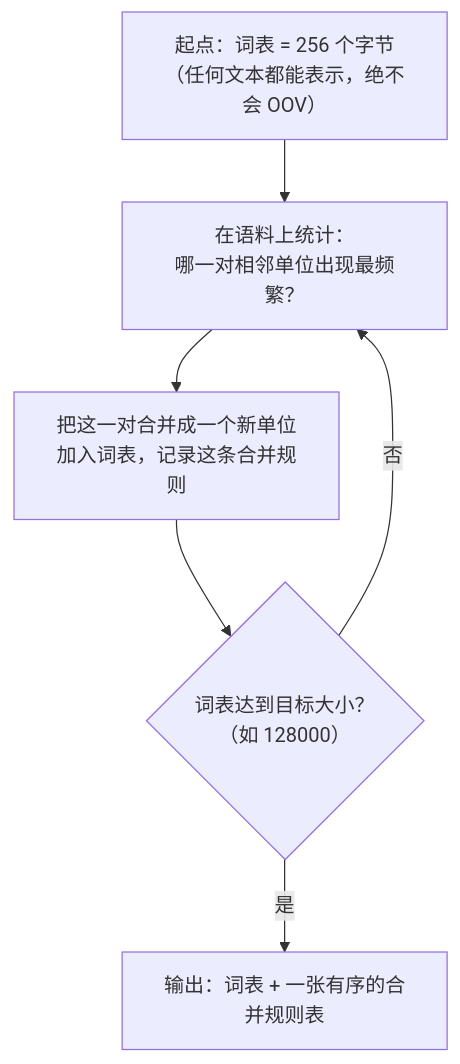
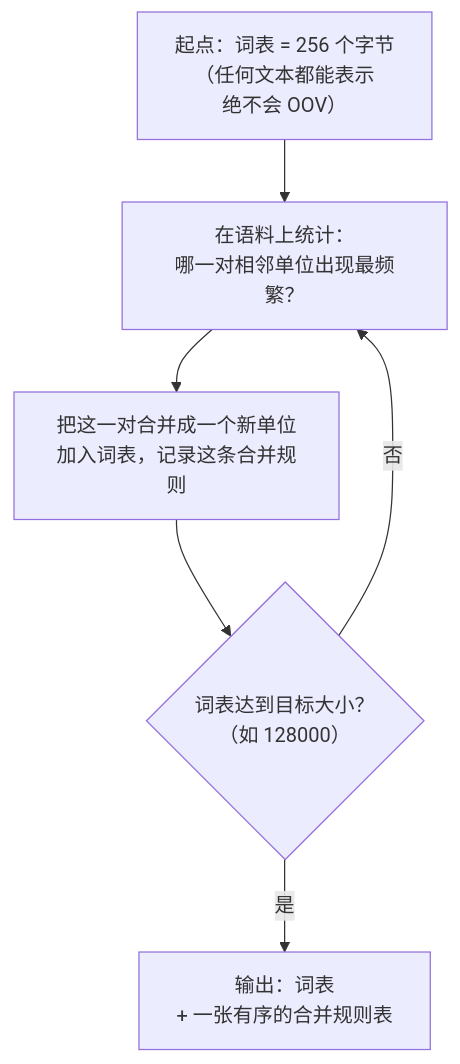
One commit to geekchow/technical-knowledge changed the diagram in ai/llm-fundamentals/05-tokenizer.zh.md. Above: the diagram before and after it, drawn with Mermaid. The commit also changed 9 other files, not shown here.

Commit message:
fix mermaid label store issue.

````diff
--- a/ai/llm-fundamentals/05-tokenizer.zh.md
+++ b/ai/llm-fundamentals/05-tokenizer.zh.md
@@ -42,8 +42,8 @@
 ```mermaid
 flowchart TB
-    S["起点：词表 = 256 个字节<br/>（任何文本都能表示，绝不会 OOV）"] --> C["在语料上统计：<br/>哪一对相邻单位出现最频繁？"]
+    S["起点：词表 = 256 个字节<br/>（任何文本都能表示<br/>绝不会 OOV）"] --> C["在语料上统计：<br/>哪一对相邻单位出现最频繁？"]
     C --> M["把这一对合并成一个新单位<br/>加入词表，记录这条合并规则"]
     M --> Q{"词表达到目标大小？<br/>（如 128000）"}
     Q -->|否| C
-    Q -->|是| E["输出：词表 + 一张有序的合并规则表"]
+    Q -->|是| E["输出：词表<br/>+ 一张有序的合并规则表"]
 ```
````
